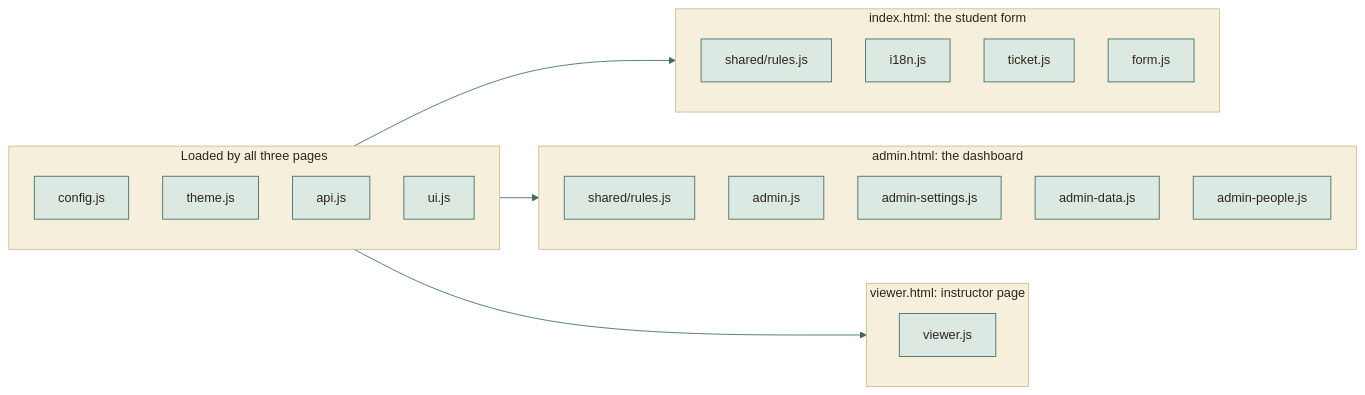
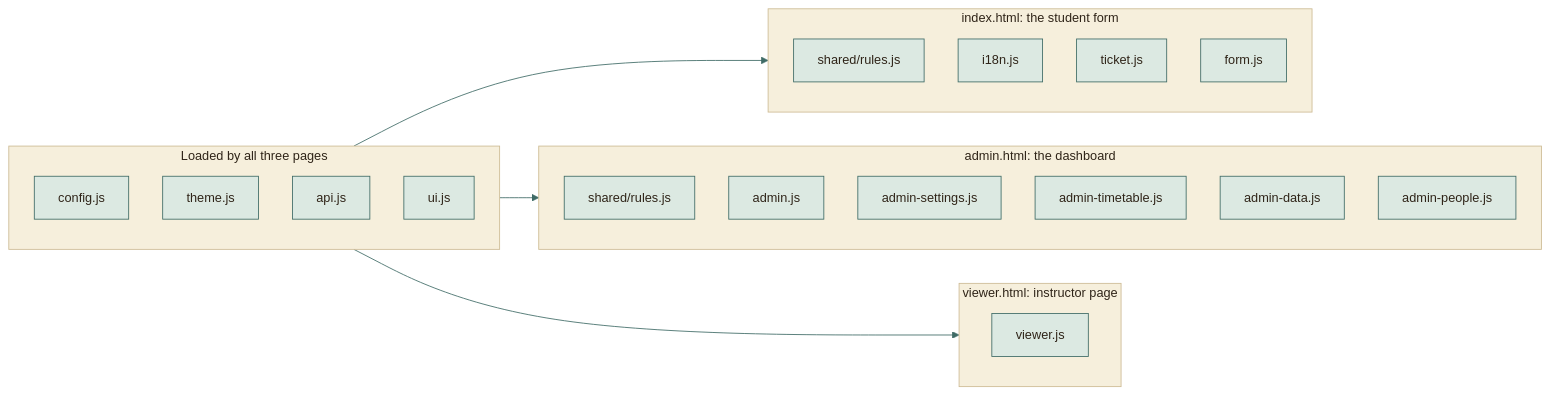
The second of 3 diagrams in docs/MODULES.md (moyeh04/forms-platform), drawn with Mermaid before and after one commit. The commit also changed other lines of this file and 4 other files, not shown here.

````diff
--- a/docs/MODULES.md
+++ b/docs/MODULES.md
@@ -59,56 +59,57 @@
 ```mermaid
 %%{init: {
   'theme': 'base',
   'themeVariables': {
     'fontFamily': 'ui-sans-serif, system-ui, -apple-system, Segoe UI, Roboto, sans-serif',
     'fontSize': '15px',
     'primaryColor': '#DCE9E2', 'primaryBorderColor': '#3F6B66', 'primaryTextColor': '#2F2418',
     'secondaryColor': '#F0E4C8', 'secondaryBorderColor': '#C9A24A', 'secondaryTextColor': '#2F2418',
     'tertiaryColor': '#F6EFDC', 'tertiaryBorderColor': '#CDBB94', 'tertiaryTextColor': '#2F2418',
     'lineColor': '#3F6B66', 'textColor': '#2F2418', 'mainBkg': '#DCE9E2', 'nodeBorder': '#3F6B66',
     'clusterBkg': '#F6EFDC', 'clusterBorder': '#CDBB94', 'titleColor': '#2F2418',
     'edgeLabelBackground': '#F8F1DD',
     'actorBkg': '#DCE9E2', 'actorBorder': '#3F6B66', 'actorTextColor': '#2F2418', 'actorLineColor': '#8FB3AB',
     'signalColor': '#477A73', 'signalTextColor': '#477A73',
     'labelBoxBkgColor': '#F0E4C8', 'labelBoxBorderColor': '#C9A24A', 'labelTextColor': '#2F2418', 'loopTextColor': '#6A5A44',
     'noteBkgColor': '#FBEFC9', 'noteBorderColor': '#C9A24A', 'noteTextColor': '#2F2418',
     'activationBkgColor': '#DCE9E2', 'activationBorderColor': '#3F6B66', 'sequenceNumberColor': '#F8F1DD',
     'transitionColor': '#3F6B66', 'stateLabelColor': '#2F2418', 'stateBkg': '#DCE9E2', 'altBackground': '#F6EFDC',
     'attributeBackgroundColorOdd': '#F8F1DD', 'attributeBackgroundColorEven': '#F0E4C8'
   },
   'flowchart': {'curve': 'basis', 'padding': 14, 'nodeSpacing': 40, 'rankSpacing': 46},
   'sequence': {'mirrorActors': false, 'messageMargin': 34, 'boxMargin': 8}
 }}%%
 flowchart LR
     subgraph common["Loaded by all three pages"]
         cfg["config.js"]
         th["theme.js"]
         api["api.js"]
         ui["ui.js"]
     end
     subgraph index["index.html: the student form"]
         r1["shared/rules.js"]
         i18n["i18n.js"]
         tk["ticket.js"]
         fm["form.js"]
     end
     subgraph admin["admin.html: the dashboard"]
         r2["shared/rules.js"]
         a1["admin.js"]
         a2["admin-settings.js"]
+        a5["admin-timetable.js"]
         a3["admin-data.js"]
         a4["admin-people.js"]
     end
     subgraph viewer["viewer.html: instructor page"]
         v1["viewer.js"]
     end
     common --> index
     common --> admin
     common --> viewer
     classDef cDb fill:#F3E2B3,stroke:#B8892D,stroke-width:1.5px,color:#2F2418
     classDef cActor fill:#F4D9D3,stroke:#9A3328,stroke-width:1.5px,color:#2F2418
     classDef cDec fill:#FBEFC9,stroke:#C9A24A,stroke-width:1.5px,color:#2F2418
     classDef cEnd fill:#2F2418,stroke:#2F2418,color:#F8F1DD
     classDef cErr fill:#F6D5CF,stroke:#A12B1F,stroke-width:1.5px,color:#5A140C
     classDef cOk fill:#BFD9CF,stroke:#2E5A55,stroke-width:1.5px,color:#17302D
 ```
````
